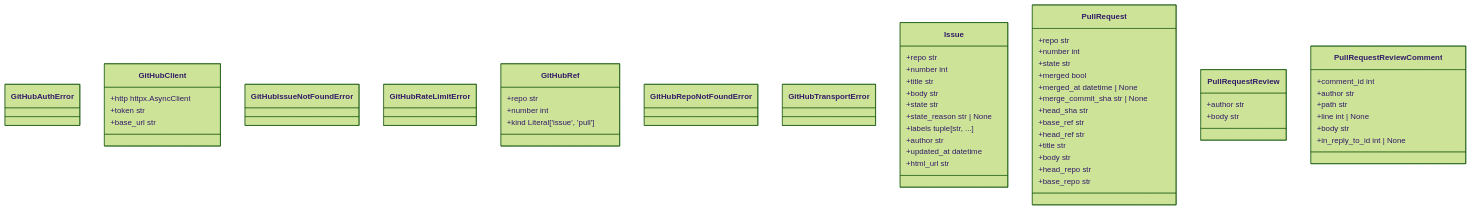
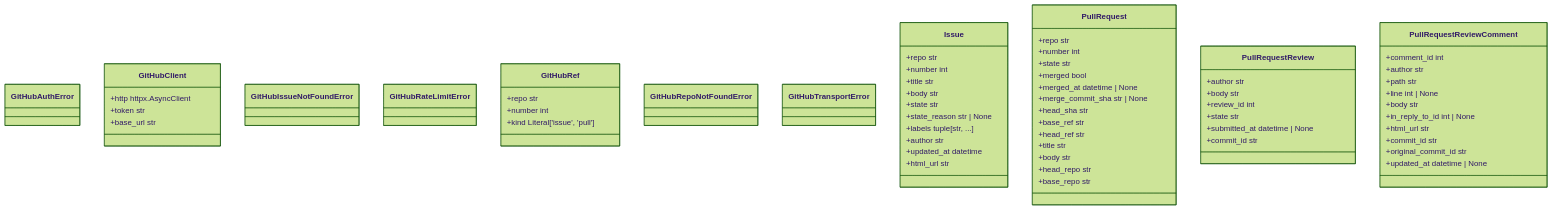
Before and after one commit to agent-lore/lithos-loom: the first of 3 diagrams in docs/generated/domain_model.md, drawn with Mermaid (forest theme). The commit also changed 20 other files, not shown here.

````diff
--- a/docs/generated/domain_model.md
+++ b/docs/generated/domain_model.md
@@ -8,57 +8,65 @@
 ```mermaid
 classDiagram
   class GitHubAuthError
   class GitHubClient {
     +http httpx.AsyncClient
     +token str
     +base_url str
   }
   class GitHubIssueNotFoundError
   class GitHubRateLimitError
   class GitHubRef {
     +repo str
     +number int
     +kind Literal['issue', 'pull']
   }
   class GitHubRepoNotFoundError
   class GitHubTransportError
   class Issue {
     +repo str
     +number int
     +title str
     +body str
     +state str
     +state_reason str | None
     +labels tuple[str, ...]
     +author str
     +updated_at datetime
     +html_url str
   }
   class PullRequest {
     +repo str
     +number int
     +state str
     +merged bool
     +merged_at datetime | None
     +merge_commit_sha str | None
     +head_sha str
     +base_ref str
     +head_ref str
     +title str
     +body str
     +head_repo str
     +base_repo str
   }
   class PullRequestReview {
     +author str
     +body str
+    +review_id int
+    +state str
+    +submitted_at datetime | None
+    +commit_id str
   }
   class PullRequestReviewComment {
     +comment_id int
     +author str
     +path str
     +line int | None
     +body str
     +in_reply_to_id int | None
+    +html_url str
+    +commit_id str
+    +original_commit_id str
+    +updated_at datetime | None
   }
 ```
````
